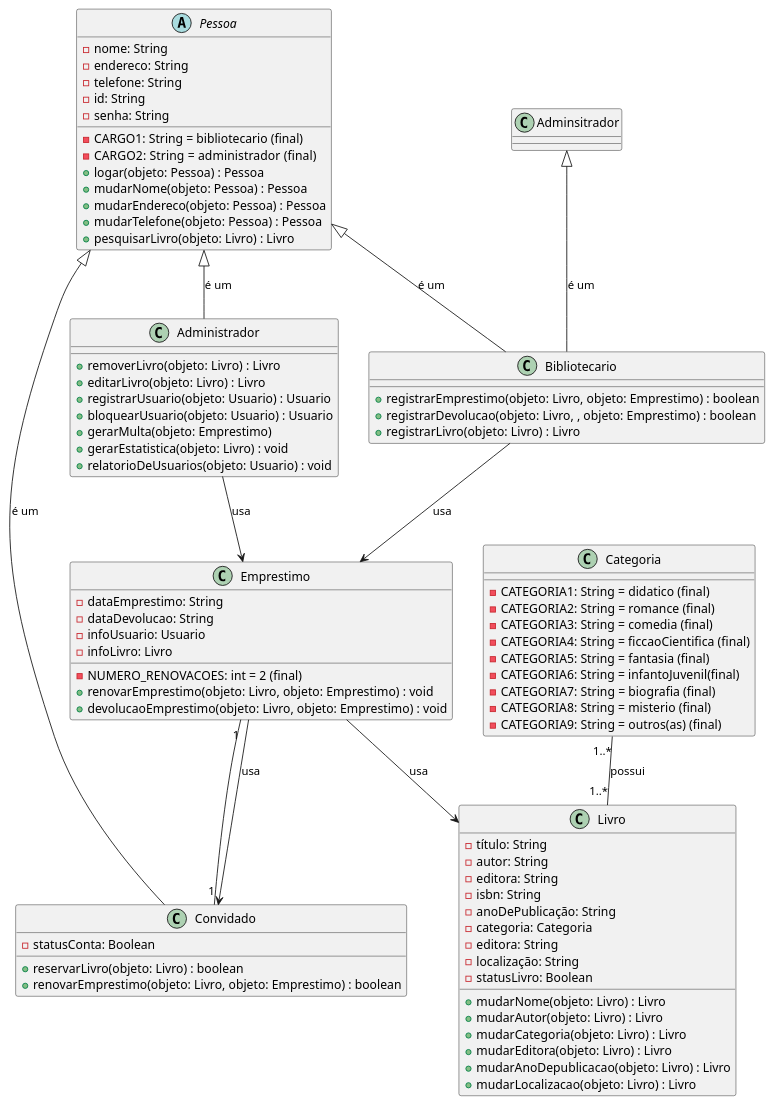
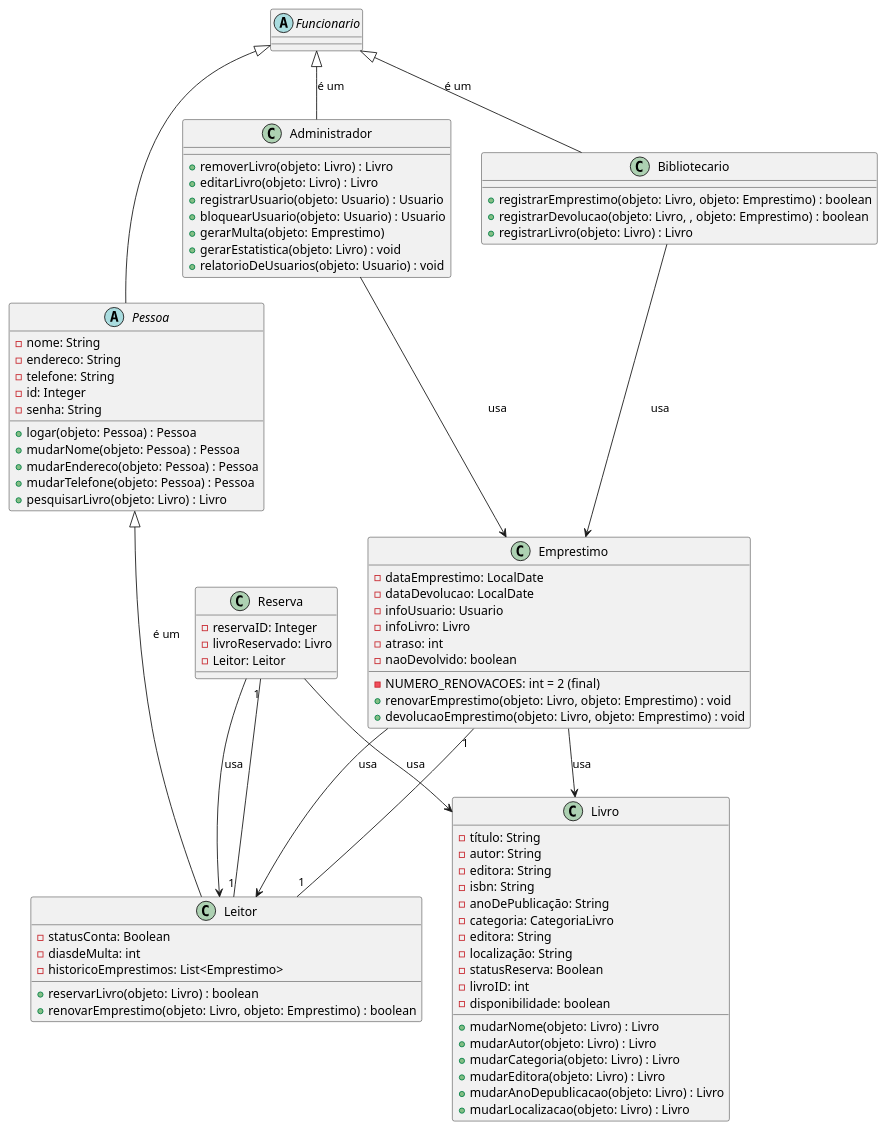
Before and after one commit to felipe-py/Gerenciador-de-Bibliotecas: the diagram in docs/Diagrama_classe.puml, drawn with PlantUML. The commit also changed 2 other files, not shown here.

Commit message:
:books: docs: Atualização do diagrama de classes

```diff
--- a/docs/Diagrama_classe.puml
+++ b/docs/Diagrama_classe.puml
@@ -1,93 +1,97 @@
 @startuml PBL_JAVA
 
 abstract class Pessoa{
     -nome: String
     -endereco: String
     -telefone: String
-    -id: String
+    -id: Integer
     -senha: String
-    -CARGO1: String = bibliotecario (final)
-    -CARGO2: String =  administrador (final)
     +logar(objeto: Pessoa) : Pessoa
     +mudarNome(objeto: Pessoa) : Pessoa
     +mudarEndereco(objeto: Pessoa) : Pessoa
     +mudarTelefone(objeto: Pessoa) : Pessoa
     +pesquisarLivro(objeto: Livro) : Livro
 }
 
-class Convidado {
+class Leitor {
     -statusConta: Boolean
+    -diasdeMulta: int
+    -historicoEmprestimos: List<Emprestimo>
     +reservarLivro(objeto: Livro) : boolean
     +renovarEmprestimo(objeto: Livro, objeto: Emprestimo) : boolean
 }
 
 class Bibliotecario{
     +registrarEmprestimo(objeto: Livro, objeto: Emprestimo) : boolean
     +registrarDevolucao(objeto: Livro, , objeto: Emprestimo) : boolean
     +registrarLivro(objeto: Livro) : Livro
 }
 
 class Administrador{
     +removerLivro(objeto: Livro) : Livro
     +editarLivro(objeto: Livro) : Livro
     +registrarUsuario(objeto: Usuario) : Usuario
     +bloquearUsuario(objeto: Usuario) : Usuario
     +gerarMulta(objeto: Emprestimo)
     +gerarEstatistica(objeto: Livro) : void
     +relatorioDeUsuarios(objeto: Usuario) : void
 }
 
+abstract class Funcionario{
+
+}
+
 class Livro{
     -título: String
     -autor: String
     -editora: String
     -isbn: String
     -anoDePublicação: String
-    -categoria: Categoria
+    -categoria: CategoriaLivro
     -editora: String
     -localização: String
-    -statusLivro: Boolean
+    -statusReserva: Boolean
+    -livroID: int
+    -disponibilidade: boolean
     +mudarNome(objeto: Livro) : Livro
     +mudarAutor(objeto: Livro) : Livro
     +mudarCategoria(objeto: Livro) : Livro
     +mudarEditora(objeto: Livro) : Livro
     +mudarAnoDepublicacao(objeto: Livro) : Livro
     +mudarLocalizacao(objeto: Livro) : Livro
 }
 
 class Emprestimo{
-    -dataEmprestimo: String
-    -dataDevolucao: String
+    -dataEmprestimo: LocalDate
+    -dataDevolucao: LocalDate
     -infoUsuario: Usuario
     -infoLivro: Livro
+    -atraso: int
+    -naoDevolvido: boolean
     -NUMERO_RENOVACOES: int = 2 (final)
     +renovarEmprestimo(objeto: Livro, objeto: Emprestimo) : void
     +devolucaoEmprestimo(objeto: Livro, objeto: Emprestimo) : void
 }
 
-class Categoria {
-    -CATEGORIA1: String = didatico (final)
-    -CATEGORIA2: String = romance (final)
-    -CATEGORIA3: String = comedia (final)
-    -CATEGORIA4: String = ficcaoCientifica (final)
-    -CATEGORIA5: String = fantasia (final)
-    -CATEGORIA6: String = infantoJuvenil(final)
-    -CATEGORIA7: String = biografia (final)
-    -CATEGORIA8: String = misterio (final)
-    -CATEGORIA9: String = outros(as) (final)
+class Reserva{
+    -reservaID: Integer
+    -livroReservado: Livro
+    -Leitor: Leitor
 }
 
 Emprestimo --> Livro : usa
-Emprestimo --> Convidado : usa
+Emprestimo --> Leitor : usa
+Reserva --> Livro : usa
+Reserva --> Leitor : usa
 Administrador --> Emprestimo : usa
 Bibliotecario --> Emprestimo : usa
 
-Categoria "1..*"--"1..*" Livro : possui
-Emprestimo "1"--"1" Convidado
+Emprestimo "1"--"1" Leitor
+Reserva "1"--"1" Leitor
 
-Pessoa <|-- Bibliotecario : é um
-Pessoa <|-- Administrador : é um
-Pessoa <|-- Convidado : é um
-Adminsitrador <|-- Bibliotecario : é um
+Funcionario <|-- Bibliotecario : é um
+Funcionario <|-- Administrador : é um
+Funcionario <|-- Pessoa
+Pessoa <|-- Leitor : é um
 
 @enduml
```
